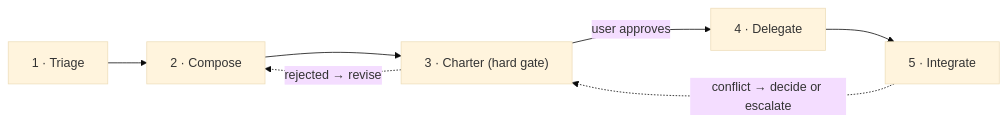
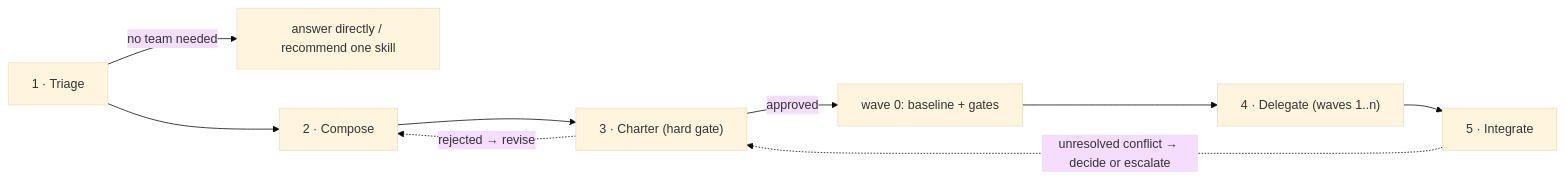
Before and after one commit to SilentJMA/mixture-team-of-experts: the diagram in docs/specs/2026-11-15-mtoe-design.md, drawn with Mermaid (base theme). The commit also changed other lines of this file and 17 other files, not shown here.

First line of the commit message:
MTOE rev 3: binary acceptance gates, wave 0, ticket track, integrated verification layers

````diff
--- a/docs/specs/2026-11-15-mtoe-design.md
+++ b/docs/specs/2026-11-15-mtoe-design.md
@@ -79,9 +121,11 @@
 ```mermaid
 flowchart LR
-    T["1 · Triage"] --> C["2 · Compose"]
+    T["1 · Triage"] -->|"no team needed"| S["answer directly / recommend one skill"]
+    T --> C["2 · Compose"]
     C --> H["3 · Charter (hard gate)"]
-    H -->|"user approves"| D["4 · Delegate"]
+    H -->|"approved"| W0["wave 0: baseline + gates"]
+    W0 --> D["4 · Delegate (waves 1..n)"]
     D --> I["5 · Integrate"]
     H -.->|"rejected → revise"| C
-    I -.->|"conflict → decide or escalate"| H
+    I -.->|"unresolved conflict → decide or escalate"| H
 ```
````
